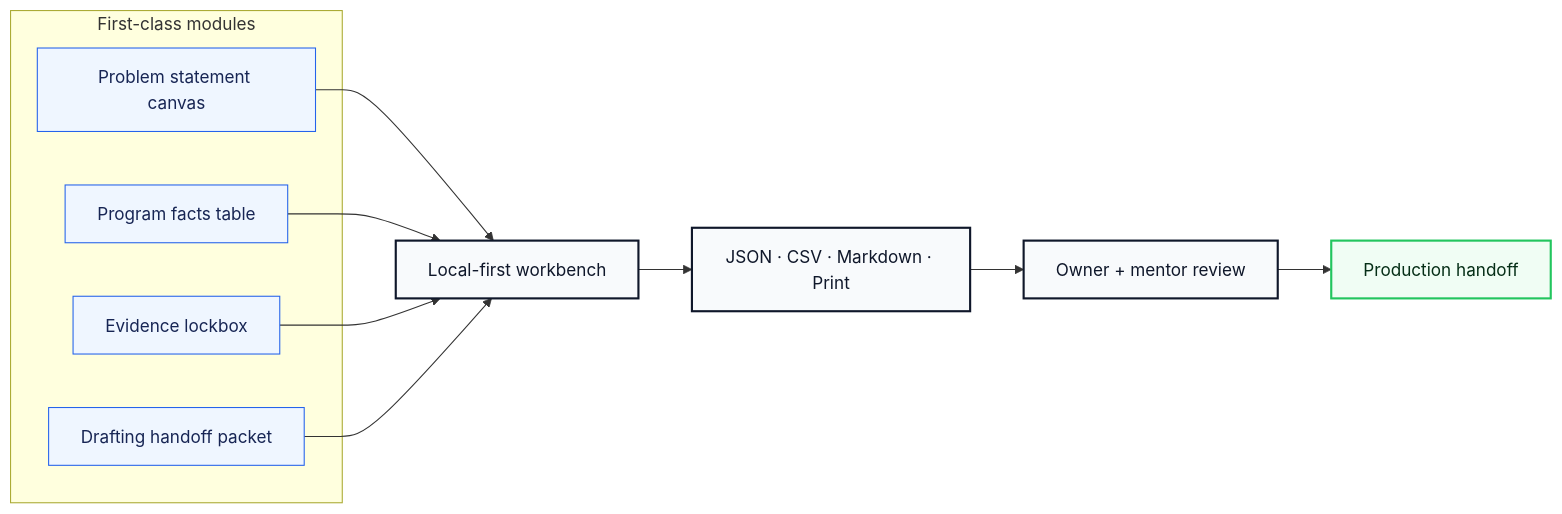
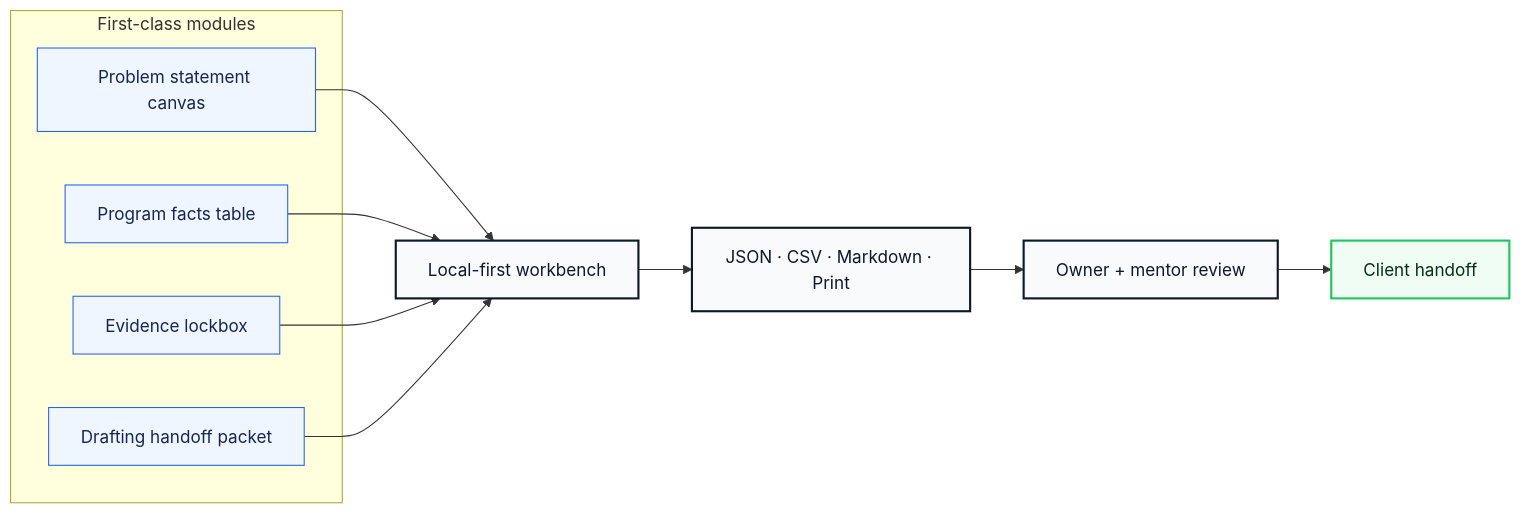
The second of 3 diagrams in README.md (volta-npo/proposal-brief-builder), drawn with Mermaid before and after one commit. The commit also changed other lines of this file and 28 other files, not shown here.

````diff
--- a/README.md
+++ b/README.md
@@ -64,23 +64,23 @@
 ```mermaid
 flowchart LR
     subgraph Modules["First-class modules"]
         M1["Problem statement canvas"]
         M2["Program facts table"]
         M3["Evidence lockbox"]
         M4["Drafting handoff packet"]
     end
     M1 --> Workbench
     M2 --> Workbench
     M3 --> Workbench
     M4 --> Workbench
     Workbench["Local-first workbench"] --> Exports["JSON · CSV · Markdown · Print"]
     Exports --> Review["Owner + mentor review"]
-    Review --> Launch["Production handoff"]
+    Review --> Launch["Client handoff"]
 
     classDef module fill:#eff6ff,stroke:#2563eb,color:#172554;
     classDef app fill:#f8fafc,stroke:#0f172a,color:#0f172a,stroke-width:2px;
     classDef launch fill:#f0fdf4,stroke:#22c55e,color:#052e16,stroke-width:2px;
     class M1,M2,M3,M4 module;
     class Workbench,Exports,Review app;
     class Launch launch;
 ```
````
